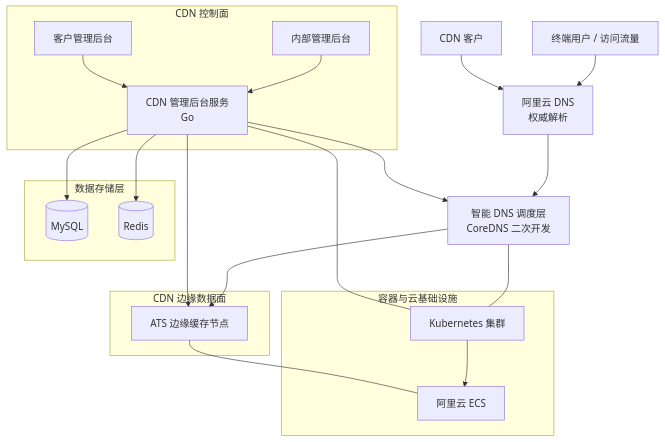
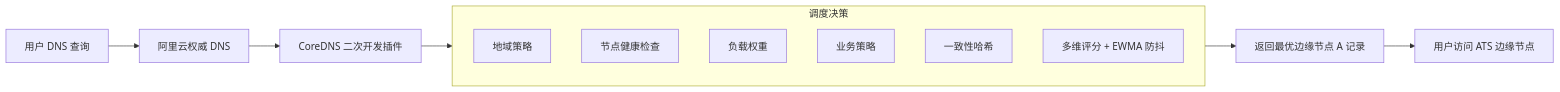
Before and after one commit to HK-CH2018/interview: the third of 5 diagrams in program/cdn系统总结.md, drawn with Mermaid. The commit also changed other lines of this file and 1 other file, not shown here.

````diff
--- a/program/cdn系统总结.md
+++ b/program/cdn系统总结.md
@@ -211,57 +190,16 @@
 ```mermaid
-flowchart TB
-    %% ========= 用户层 =========
-    User[终端用户 / 访问流量]
-    Customer[CDN 客户]
-
-    %% ========= DNS 调度层 =========
-    AliDNS[阿里云 DNS<br/>权威解析]
-    CoreDNS[智能 DNS 调度层<br/>CoreDNS 二次开发]
-
-    %% ========= 边缘数据面 =========
-    subgraph EdgePlane[CDN 边缘数据面]
-        ATS[ATS 边缘缓存节点]
+flowchart LR
+    Request[用户 DNS 查询] --> AliDNS[阿里云权威 DNS]
+    AliDNS --> CoreDNS[CoreDNS 二次开发插件]
+    subgraph Decision[调度决策]
+        Geo[地域策略]
+        Health[节点健康检查]
+        Load[负载权重]
+        Policy[业务策略]
+        Hash[一致性哈希]
+        Score[多维评分 + EWMA 防抖]
     end
-
-    %% ========= 控制面 =========
-    subgraph ControlPlane[CDN 控制面]
-        AdminUI[内部管理后台]
-        ClientUI[客户管理后台]
-
-        Backend[CDN 管理后台服务<br/>Go]
-
-        AdminUI --> Backend
-        ClientUI --> Backend
-    end
-
-    %% ========= 数据存储层 =========
-    subgraph DataLayer[数据存储层]
-        MySQL[(MySQL)]
-        Redis[(Redis)]
-    end
-
-    %% ========= 基础设施 =========
-    subgraph Infra[容器与云基础设施]
-        K8S[Kubernetes 集群]
-        ECS[阿里云 ECS]
-        K8S --> ECS
-    end
-
-    %% ========= 访问路径 =========
-    User --> AliDNS
-    Customer --> AliDNS
-    AliDNS --> CoreDNS
-    CoreDNS --> ATS
-
-    %% ========= 管理关系 =========
-    Backend --> CoreDNS
-    Backend --> ATS
-    Backend --> MySQL
-    Backend --> Redis
-
-    %% ========= 部署关系 =========
-    CoreDNS --- K8S
-    Backend --- K8S
-    ATS --- ECS
-
+    CoreDNS --> Decision
+    Decision --> Result[返回最优边缘节点 A 记录]
+    Result --> UserAccess[用户访问 ATS 边缘节点]
 ```
````
